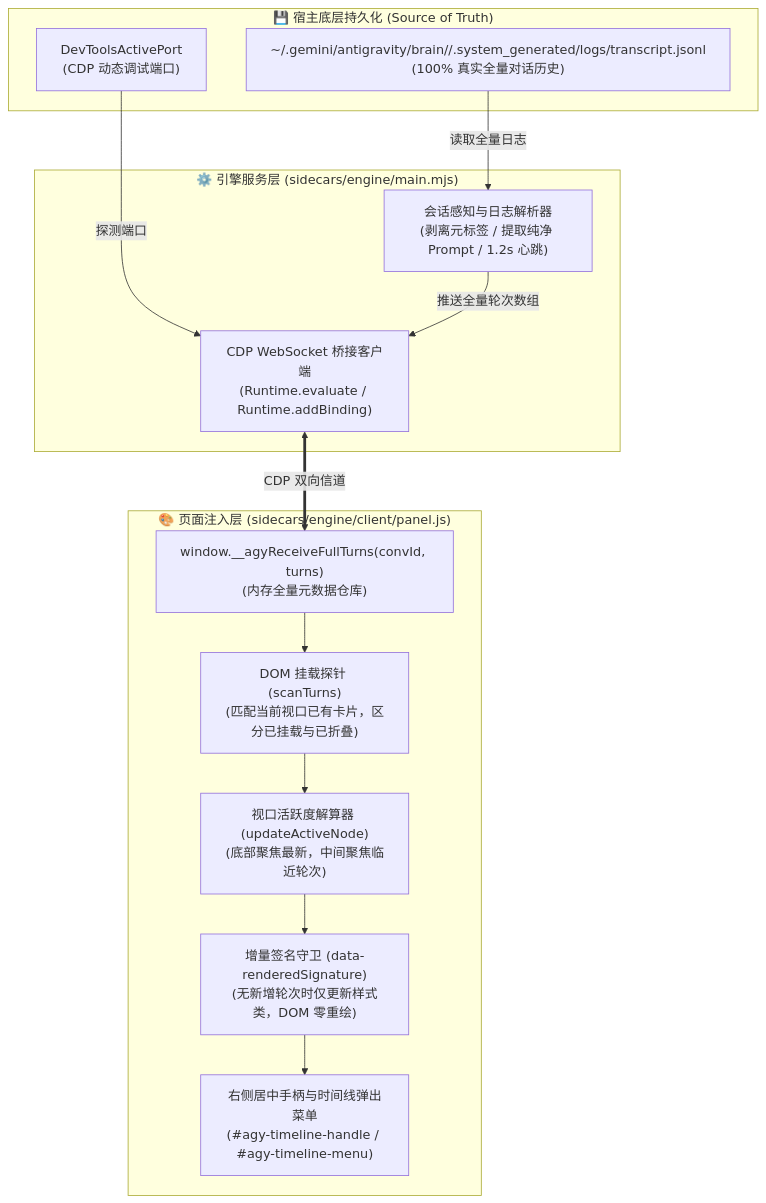
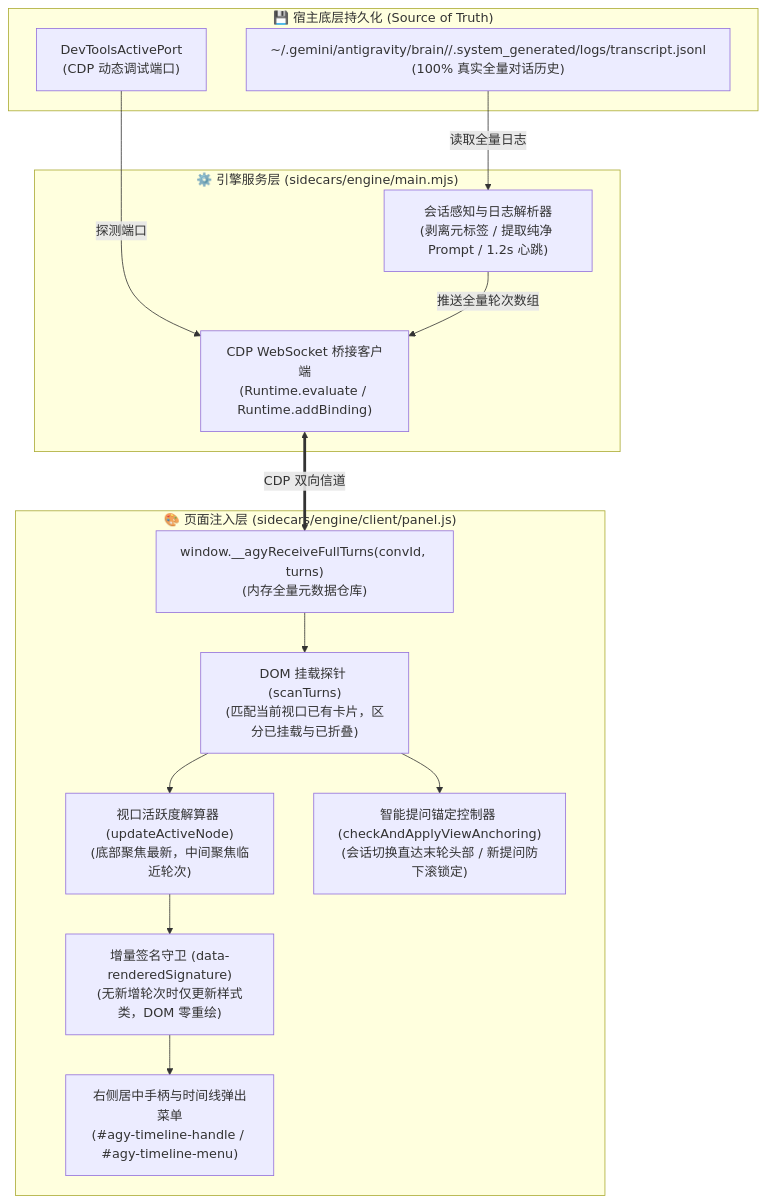
The diagram in docs/contracts.md (moumouye/antigravity-timeline), drawn with Mermaid before and after one commit. The commit also changed 4 other files, not shown here.

````diff
--- a/docs/contracts.md
+++ b/docs/contracts.md
@@ -11,29 +11,31 @@
 ```mermaid
 flowchart TB
     subgraph HostFS ["💾 宿主底层持久化 (Source of Truth)"]
         Transcript["~/.gemini/antigravity/brain/<conv-id>/.system_generated/logs/transcript.jsonl<br/>(100% 真实全量对话历史)"]
         DevToolsPort["DevToolsActivePort<br/>(CDP 动态调试端口)"]
     end
 
     subgraph SidecarEngine ["⚙️ 引擎服务层 (sidecars/engine/main.mjs)"]
         Scanner["会话感知与日志解析器<br/>(剥离元标签 / 提取纯净 Prompt / 1.2s 心跳)"]
         CdpHost["CDP WebSocket 桥接客户端<br/>(Runtime.evaluate / Runtime.addBinding)"]
     end
 
     subgraph InjectedClient ["🎨 页面注入层 (sidecars/engine/client/panel.js)"]
         Receiver["window.__agyReceiveFullTurns(convId, turns)<br/>(内存全量元数据仓库)"]
         DOMReconcile["DOM 挂载探针 (scanTurns)<br/>(匹配当前视口已有卡片，区分已挂载与已折叠)"]
         ActiveSpy["视口活跃度解算器 (updateActiveNode)<br/>(底部聚焦最新，中间聚焦临近轮次)"]
+        AnchorController["智能提问锚定控制器 (checkAndApplyViewAnchoring)<br/>(会话切换直达末轮头部 / 新提问防下滚锁定)"]
         RenderGuard["增量签名守卫 (data-renderedSignature)<br/>(无新增轮次时仅更新样式类，DOM 零重绘)"]
         UIEntry["右侧居中手柄与时间线弹出菜单<br/>(#agy-timeline-handle / #agy-timeline-menu)"]
     end
 
     DevToolsPort -->|探测端口| CdpHost
     CdpHost <==>|CDP 双向信道| Receiver
     Transcript -->|读取全量日志| Scanner
     Scanner -->|推送全量轮次数组| CdpHost
     Receiver --> DOMReconcile
     DOMReconcile --> ActiveSpy
+    DOMReconcile --> AnchorController
     ActiveSpy --> RenderGuard
     RenderGuard --> UIEntry
 ```
````
